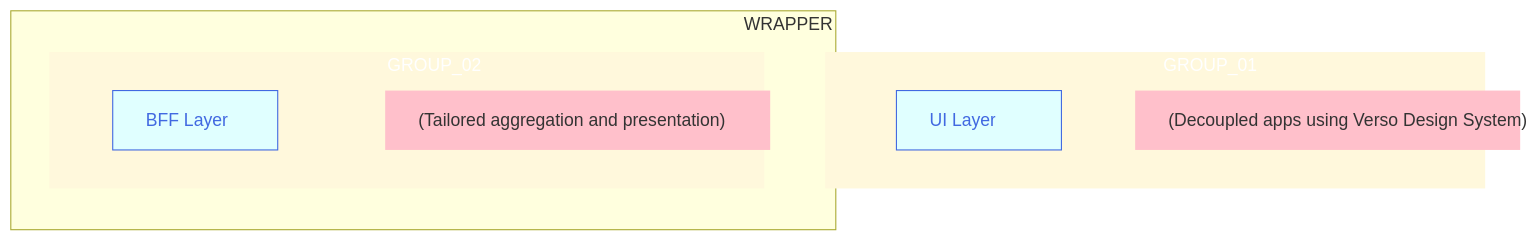
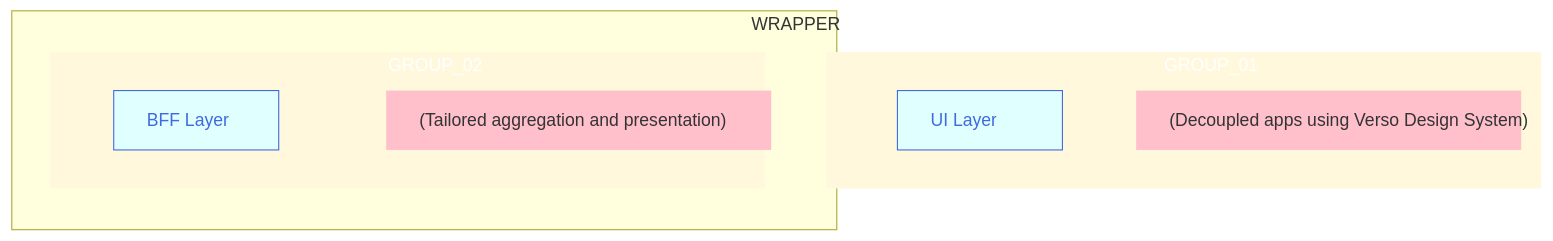
The diagram in buttons_mermaid_v5.md (joe-dorward/samples), drawn with Mermaid before and after one commit.

````diff
--- a/buttons_mermaid_v5.md
+++ b/buttons_mermaid_v5.md
@@ -3,47 +3,47 @@
 ```mermaid
   %%{
     init: {
       "flowchart": { "markdownAutoWrap":"false", "textWrap":"false", "textAlign":"left", "wrappingWidth": "100%" }
     }
   }%%
   flowchart TD
 
   classDef Button fill:lightcyan, stroke:royalblue, color:royalblue, width:150px
-  classDef Note fill:pink, stroke-width:0px, width:350px, margin:0px
+  classDef Note fill:pink, stroke-width:0px, width:350px
   %% ---------- ---------- ---------- ---------- ---------- ---------- ---------- ---------- ---------- ----------
 subgraph WRAPPER
   direction TD
 
   subgraph GROUP_01
     %%direction LR
 
     BUTTON_01_NOTE["(Decoupled apps using Verso Design System)"]:::Note
     BUTTON_01["UI Layer"]:::Button
     click BUTTON_01 "https://en.wikipedia.org/wiki/Main_Page" _blank
 
     BUTTON_01~~~
     BUTTON_01_NOTE
   end
   %% ---------- ---------- ---------- ---------- ---------- ---------- ---------- ---------- ---------- ----------
   subgraph GROUP_02
     %%direction LR
 
     BUTTON_02_NOTE["(Tailored aggregation and presentation)"]:::Note
     BUTTON_02["BFF Layer"]:::Button
     click BUTTON_02 "https://en.wikipedia.org/wiki/Main_Page" _blank
 
     BUTTON_02~~~
     BUTTON_02_NOTE
   end
 end
   %% ---------- ---------- ---------- ---------- ---------- ---------- ---------- ---------- ---------- ----------
 
 %%GROUP_01-.-GROUP_02
 
 %%BUTTON_01-->BUTTON_02
 
-  style GROUP_01 fill:cornsilk, color:white, stroke-width:0px, width:600px
+  style GROUP_01 fill:cornsilk, color:white, stroke-width:0px, width:650px
   style GROUP_02 fill:cornsilk, color:white, stroke-width:0px, width:650px
 
   style WRAPPER width:750px
 ```
````
